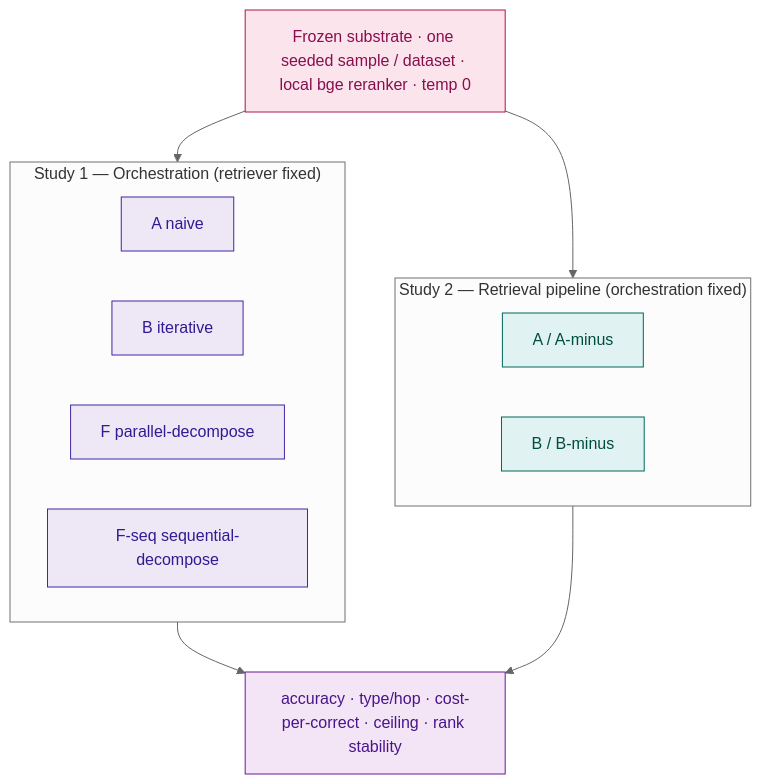
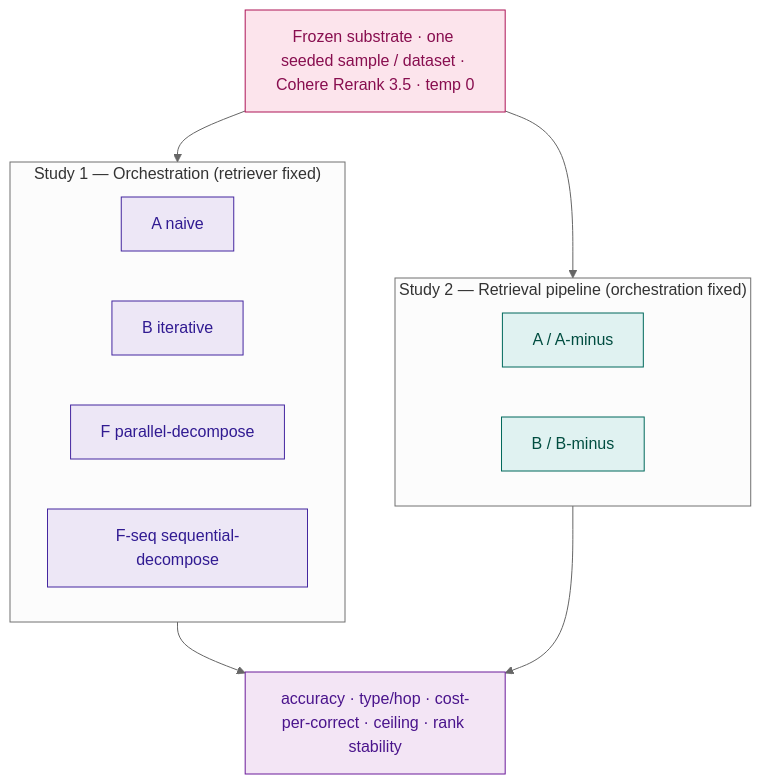
Before and after one commit to rudramansoomirtee-ctrl/rag-benchmark: the first of 2 diagrams in thesis/chapter4_results.md, drawn with Mermaid (neutral theme). The commit also changed other lines of this file and 3 other files, not shown here.

First line of the commit message:
Reranker: Cohere Rerank 3.5 (bedrock-cohere) as the standard, not local

````diff
--- a/thesis/chapter4_results.md
+++ b/thesis/chapter4_results.md
@@ -42,24 +42,24 @@
 ```mermaid
 flowchart TB
-    SUB["Frozen substrate · one seeded sample / dataset · local bge reranker · temp 0"]:::fixed
+    SUB["Frozen substrate · one seeded sample / dataset · Cohere Rerank 3.5 · temp 0"]:::fixed
     SUB --> S1
     SUB --> S2
     subgraph S1["Study 1 — Orchestration (retriever fixed)"]
       direction LR
       A1["A naive"]:::sys
       B1["B iterative"]:::sys
       F1["F parallel-decompose"]:::sys
       FS1["F-seq sequential-decompose"]:::sys
     end
     subgraph S2["Study 2 — Retrieval pipeline (orchestration fixed)"]
       direction LR
       AA["A / A-minus"]:::sys2
       BB["B / B-minus"]:::sys2
     end
     S1 --> OUT["accuracy · type/hop · cost-per-correct · ceiling · rank stability"]:::out
     S2 --> OUT
     classDef fixed fill:#fce4ec,stroke:#ad1457,color:#880e4f
     classDef sys fill:#ede7f6,stroke:#4527a0,color:#311b92
     classDef sys2 fill:#e0f2f1,stroke:#00695c,color:#004d40
     classDef out fill:#f3e5f5,stroke:#6a1b9a,color:#4a148c
 ```
````
